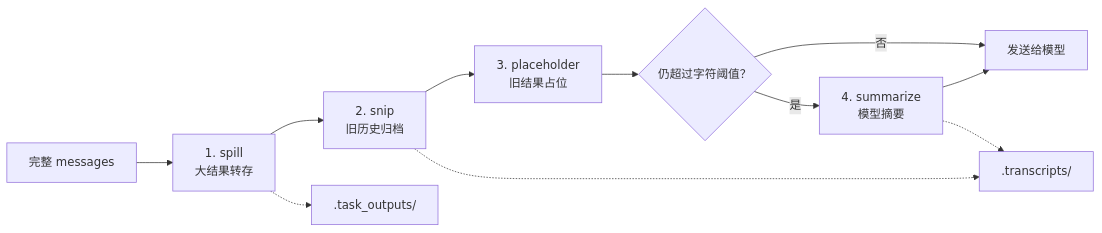
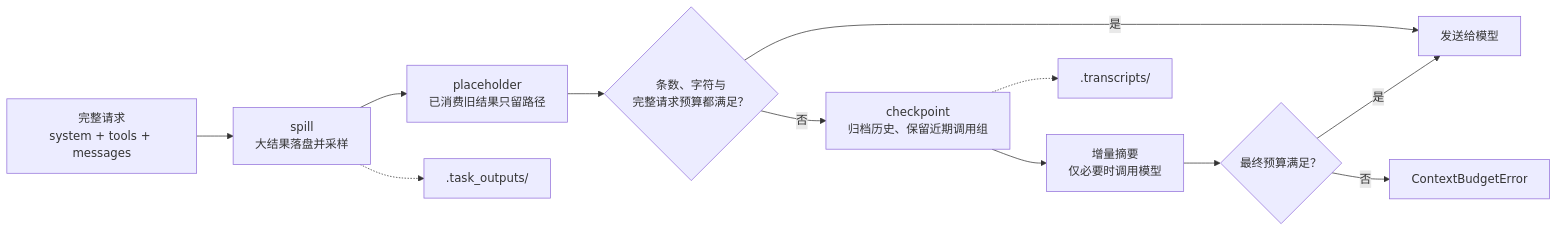
Before and after one commit to still0123/agentloop: the ninth of 17 diagrams in docs/study-guide.md, drawn with Mermaid. The commit also changed other lines of this file and 2 other files, not shown here.

Commit message:
docs: explain agent state and context recovery end to end

````diff
--- a/docs/study-guide.md
+++ b/docs/study-guide.md
@@ -617,14 +668,14 @@
 ```mermaid
 flowchart LR
-    Input["完整 messages"] --> Spill["1. spill<br/>大结果转存"]
-    Spill --> Snip["2. snip<br/>旧历史归档"]
-    Snip --> Placeholder["3. placeholder<br/>旧结果占位"]
-    Placeholder --> Limit{"仍超过字符阈值？"}
-    Limit -->|否| Ready["发送给模型"]
-    Limit -->|是| Summary["4. summarize<br/>模型摘要"]
-    Summary --> Ready
-
-    Spill -.-> Disk1[".task_outputs/"]
-    Snip -.-> Disk2[".transcripts/"]
-    Summary -.-> Disk2
+    Input["完整请求<br/>system + tools + messages"] --> Spill["spill<br/>大结果落盘并采样"]
+    Spill --> Placeholder["placeholder<br/>已消费旧结果只留路径"]
+    Placeholder --> Check{"条数、字符与<br/>完整请求预算都满足？"}
+    Check -->|是| Ready["发送给模型"]
+    Check -->|否| Checkpoint["checkpoint<br/>归档历史、保留近期调用组"]
+    Checkpoint --> Summary["增量摘要<br/>仅必要时调用模型"]
+    Summary --> FinalCheck{"最终预算满足？"}
+    FinalCheck -->|是| Ready
+    FinalCheck -->|否| Error["ContextBudgetError"]
+    Spill -.-> Outputs[".task_outputs/"]
+    Checkpoint -.-> Transcripts[".transcripts/"]
 ```
````
